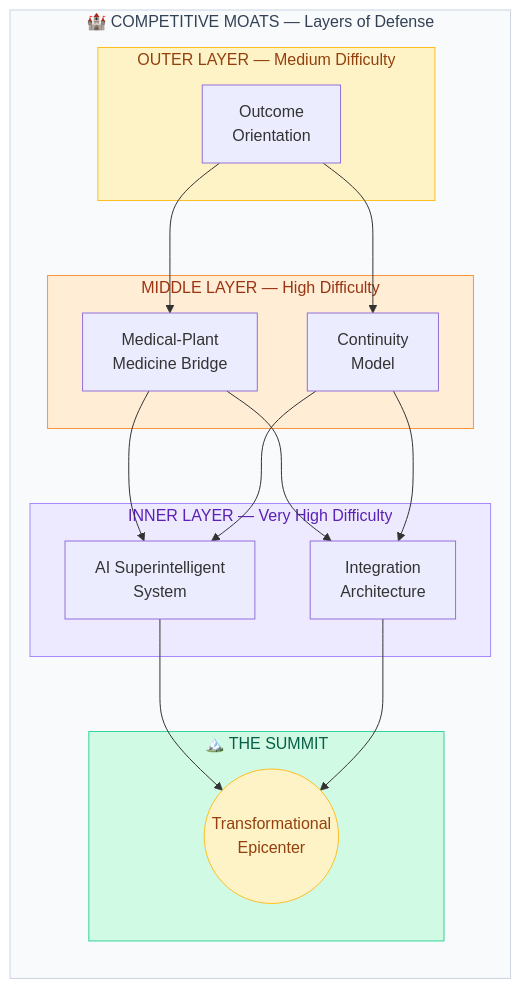
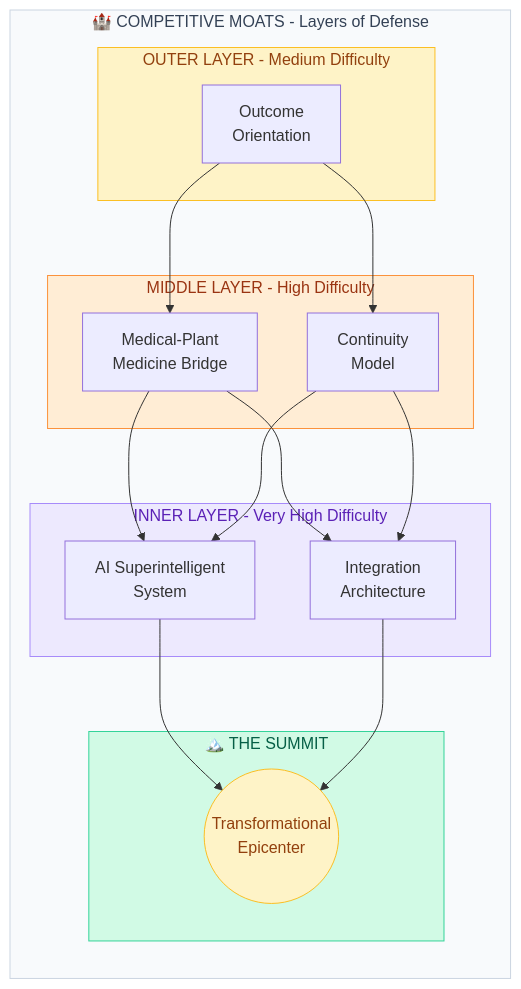
Diagram 12 of 13 in docs/market-research/MARKET_RESEARCH.md (Light-Brands/epic-center), drawn with Mermaid before and after one commit. The commit also changed other lines of this file and 5 other files, not shown here.

````diff
--- a/docs/market-research/MARKET_RESEARCH.md
+++ b/docs/market-research/MARKET_RESEARCH.md
@@ -689,35 +689,35 @@
 ```mermaid
 flowchart TB
-    subgraph MOATS["🏰 COMPETITIVE MOATS — Layers of Defense"]
+    subgraph MOATS["🏰 COMPETITIVE MOATS - Layers of Defense"]
         direction TB
 
-        subgraph L1["OUTER LAYER — Medium Difficulty"]
+        subgraph L1["OUTER LAYER - Medium Difficulty"]
             M5[Outcome<br/>Orientation]
         end
 
-        subgraph L2["MIDDLE LAYER — High Difficulty"]
+        subgraph L2["MIDDLE LAYER - High Difficulty"]
             M4[Medical-Plant<br/>Medicine Bridge]
             M2[Continuity<br/>Model]
         end
 
-        subgraph L3["INNER LAYER — Very High Difficulty"]
+        subgraph L3["INNER LAYER - Very High Difficulty"]
             M3[AI Superintelligent<br/>System]
             M1[Integration<br/>Architecture]
         end
 
         subgraph CORE["🏔️ THE SUMMIT"]
             TE((Transformational<br/>Epicenter))
         end
     end
 
     M5 --> M4 & M2
     M4 & M2 --> M3 & M1
     M3 & M1 --> TE
 
     style MOATS fill:#f8fafc,stroke:#cbd5e1,color:#334155
     style L1 fill:#fef3c7,stroke:#fbbf24,color:#92400e
     style L2 fill:#ffedd5,stroke:#fb923c,color:#9a3412
     style L3 fill:#ede9fe,stroke:#a78bfa,color:#5b21b6
     style CORE fill:#d1fae5,stroke:#34d399,color:#065f46
     style TE fill:#fef3c7,stroke:#fbbf24,color:#92400e
 ```
````
